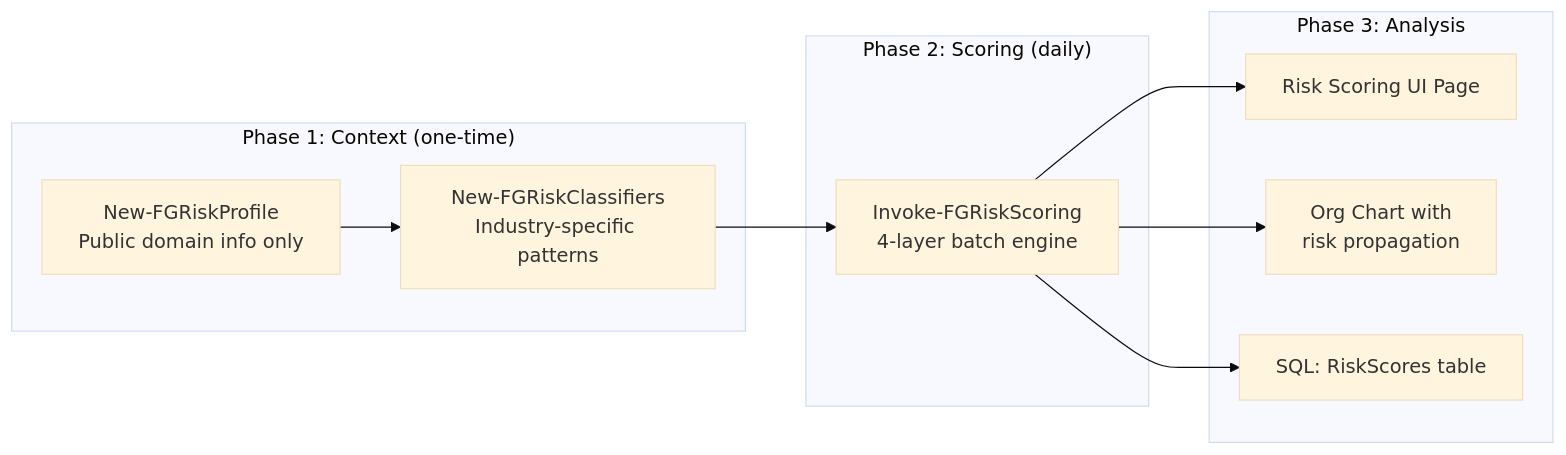
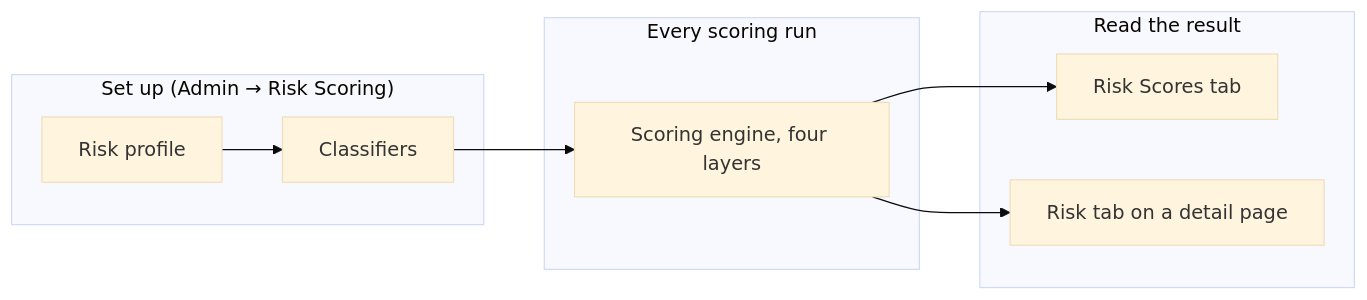
One commit to Fortigi/IdentityAtlas changed the diagram in docs/risk-scoring/overview.md. Above: the diagram before and after it, drawn with Mermaid (base theme). The commit also changed other lines of this file and 5 other files, not shown here.

First line of the commit message:
Docs: retire the PowerShell risk-scoring path, describe what ships (#1609)

````diff
--- a/docs/risk-scoring/overview.md
+++ b/docs/risk-scoring/overview.md
@@ -22,14 +15,13 @@
 ```mermaid
 flowchart LR
-    subgraph Phase1["Phase 1: Context (one-time)"]
-        A["New-FGRiskProfile\nPublic domain info only"] --> B["New-FGRiskClassifiers\nIndustry-specific patterns"]
+    subgraph Setup["Set up (Admin → Risk Scoring)"]
+        A[Risk profile] --> B[Classifiers]
     end
-    subgraph Phase2["Phase 2: Scoring (daily)"]
-        B --> C["Invoke-FGRiskScoring\n4-layer batch engine"]
+    subgraph Run["Every scoring run"]
+        B --> C[Scoring engine, four layers]
     end
-    subgraph Phase3["Phase 3: Analysis"]
-        C --> D[Risk Scoring UI Page]
-        C --> E["Org Chart with\nrisk propagation"]
-        C --> F[SQL: RiskScores table]
+    subgraph Read["Read the result"]
+        C --> D[Risk Scores tab]
+        C --> E[Risk tab on a detail page]
     end
 ```
````
